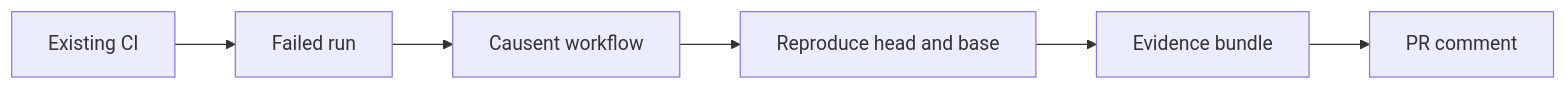
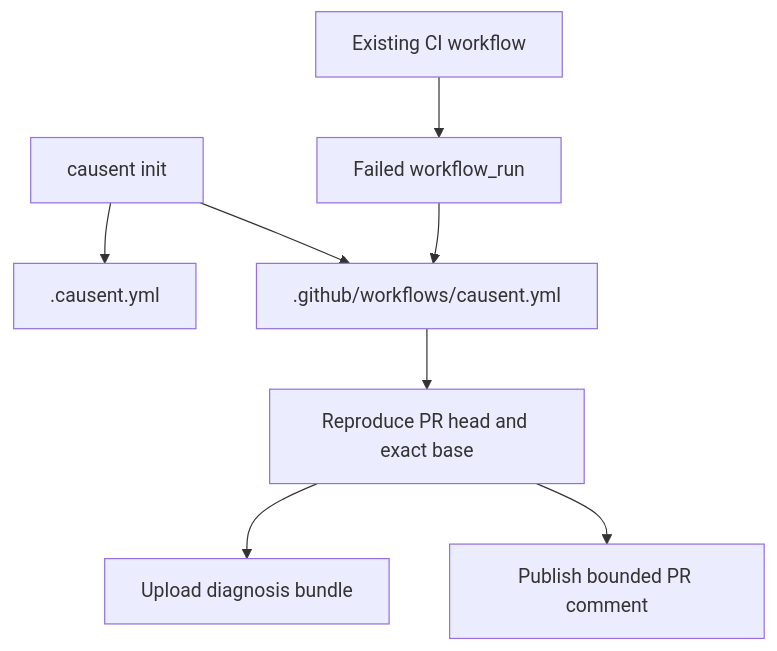
The diagram in README.md (causent/causent), drawn with Mermaid before and after one commit. The commit also changed other lines of this file, not shown here.

````diff
--- a/README.md
+++ b/README.md
@@ -50,8 +50,10 @@
 ```mermaid
-flowchart LR
-    C[Existing CI] --> F[Failed run]
-    F --> W[Causent workflow]
-    W --> R[Reproduce head and base]
-    R --> E[Evidence bundle]
-    E --> P[PR comment]
+flowchart TD
+    I[causent init] --> C[.causent.yml]
+    I --> W[.github/workflows/causent.yml]
+    T[Existing CI workflow] --> F[Failed workflow_run]
+    F --> W
+    W --> R[Reproduce PR head and exact base]
+    R --> B[Upload diagnosis bundle]
+    R --> P[Publish bounded PR comment]
 ```
````
